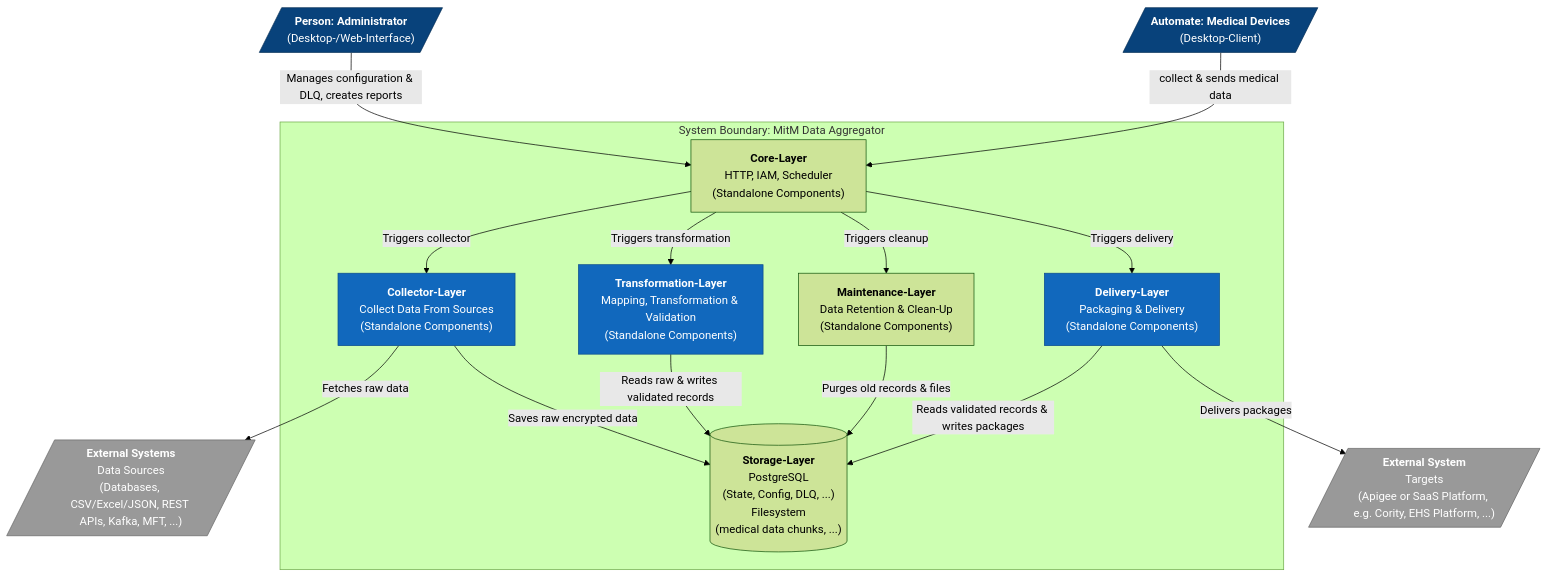
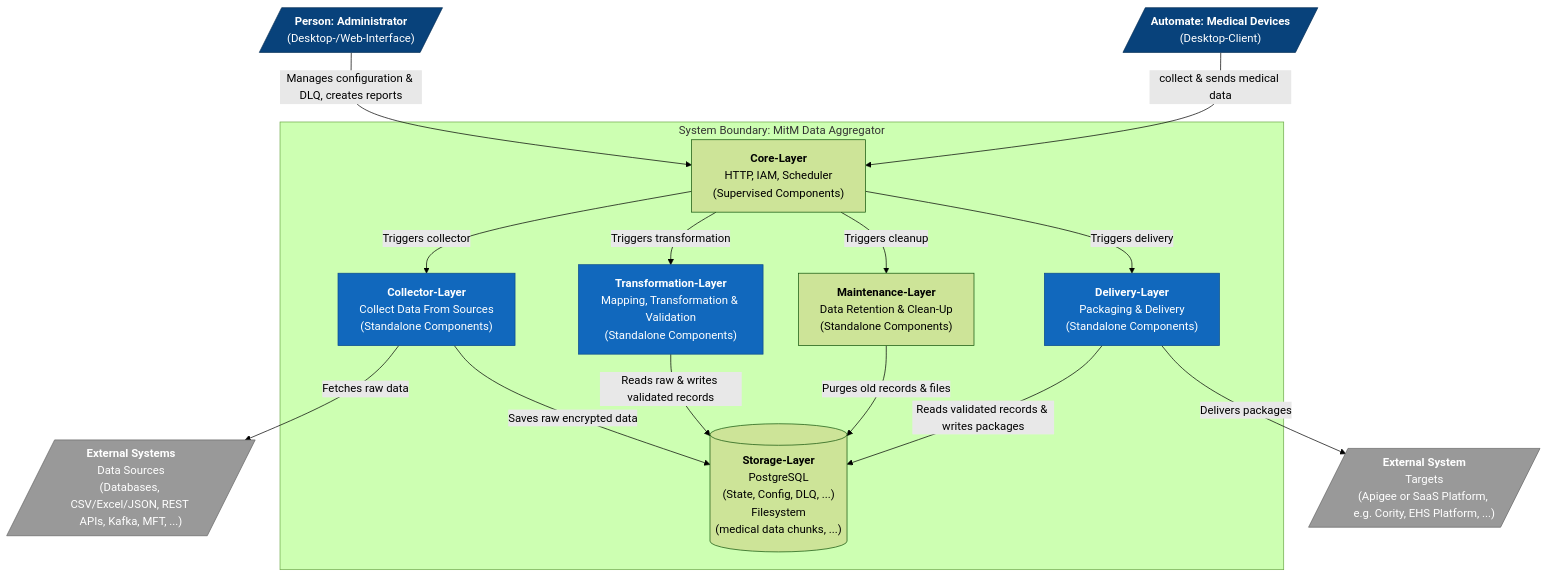
The diagram in README.md (Zheng-Bote/mitm-2), drawn with Mermaid (forest theme) before and after one commit. The commit also changed other lines of this file and 2 other files, not shown here.

Commit message:
docs: Update architecture docs for ECS Supervisor and Zero-Trust Memory Isolation

````diff
--- a/README.md
+++ b/README.md
@@ -88,42 +88,42 @@
 ```mermaid
 flowchart TB
     admin[/"<b>Person: Administrator</b><br/>(Desktop-/Web-Interface)"/]
     mta[/"<b>Automate: Medical Devices</b><br/>(Desktop-Client)"/]
 
     subgraph system ["System Boundary: MitM Data Aggregator"]
-        core["<b>Core-Layer</b><br/>HTTP, IAM, Scheduler<br/>(Standalone Components)"]
+        core["<b>Core-Layer</b><br/>HTTP, IAM, Scheduler<br/>(Supervised Components)"]
         collector["<b>Collector-Layer</b><br/>Collect Data From Sources<br/>(Standalone Components)"]
         transformer["<b>Transformation-Layer</b><br/>Mapping, Transformation & Validation<br/>(Standalone Components)"]
         maintenance["<b>Maintenance-Layer</b><br/>Data Retention & Clean-Up<br/>(Standalone Components)"]
         delivery["<b>Delivery-Layer</b><br/>Packaging & Delivery<br/>(Standalone Components)"]
         storage[("<b>Storage-Layer</b><br/>PostgreSQL<br/>(State, Config, DLQ, ...)<br/>Filesystem<br/>(medical data chunks, ...)")]
     end
 
     sources[/"<b>External Systems</b><br/>Data Sources<br/>(Databases, CSV/Excel/JSON, REST APIs, Kafka, MFT, ...)"/]
     saas[/"<b>External System</b><br/>Targets<br/>(Apigee or SaaS Platform, e.g. Cority, EHS Platform, ...)"/]
 
     admin -->|Manages configuration & DLQ, creates reports| core
     mta -->|collect & sends medical data| core
     core -->|Triggers collector| collector
     core -->|Triggers transformation| transformer
     core -->|Triggers cleanup| maintenance
     core -->|Triggers delivery| delivery
 
     collector -->|Fetches raw data| sources
     collector -->|Saves raw encrypted data| storage
 
     transformer -->|Reads raw & writes validated records| storage
 
     delivery -->|Reads validated records & writes packages| storage
     delivery -->|Delivers packages| saas
 
     maintenance -->|Purges old records & files| storage
 
     classDef system fill:#1168bd,stroke:#0b4c8c,color:#fff;
     classDef external fill:#999999,stroke:#666666,color:#fff;
     classDef actor fill:#08427b,stroke:#052e56,color:#fff;
 
     class collector,transformer,delivery system;
     class sources,saas external;
     class admin,mta actor;
 ```
````
